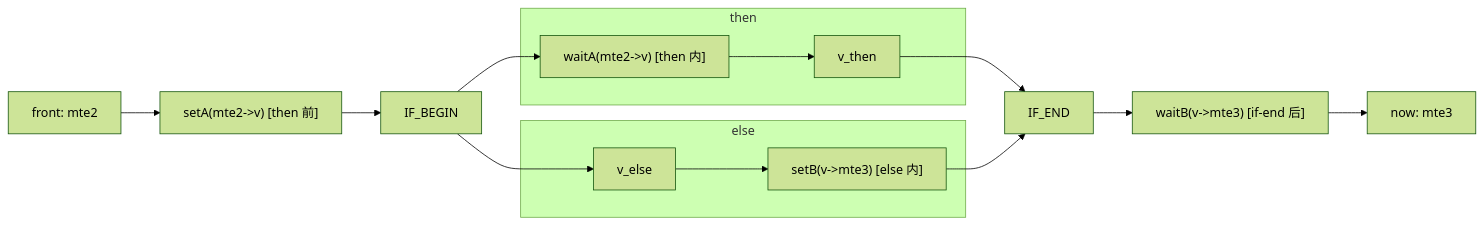
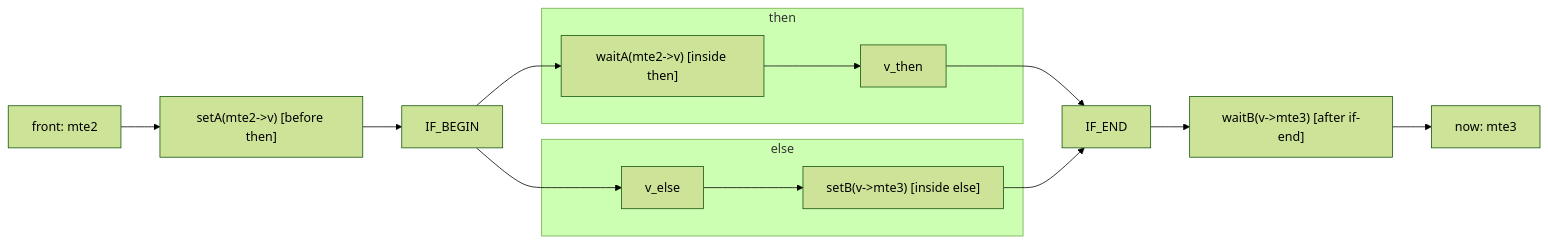
Before and after one commit to afshinarefi/PTOAS_Markham: the third of 8 diagrams in docs/designs/ptoas-auto-sync-design.md, drawn with Mermaid (forest theme). The commit also changed other lines of this file and 20 other files, not shown here.

````diff
--- a/docs/designs/ptoas-auto-sync-design.md
+++ b/docs/designs/ptoas-auto-sync-design.md
@@ -549,28 +472,28 @@
 ```mermaid
 flowchart LR
   F["front: mte2"]
-  SA["setA(mte2->v) [then 前]"]
+  SA["setA(mte2->v) [before then]"]
   IB["IF_BEGIN"]
   IE["IF_END"]
-  WB["waitB(v->mte3) [if-end 后]"]
+  WB["waitB(v->mte3) [after if-end]"]
   N["now: mte3"]
 
   subgraph T["then"]
-    WA["waitA(mte2->v) [then 内]"]
+    WA["waitA(mte2->v) [inside then]"]
     VT["v_then"]
     WA --> VT
   end
 
   subgraph E["else"]
     VE["v_else"]
-    SB["setB(v->mte3) [else 内]"]
+    SB["setB(v->mte3) [inside else]"]
     VE --> SB
   end
 
   F --> SA --> IB
   IB --> WA
   IB --> VE
   VT --> IE
   SB --> IE
   IE --> WB --> N
 ```
````
